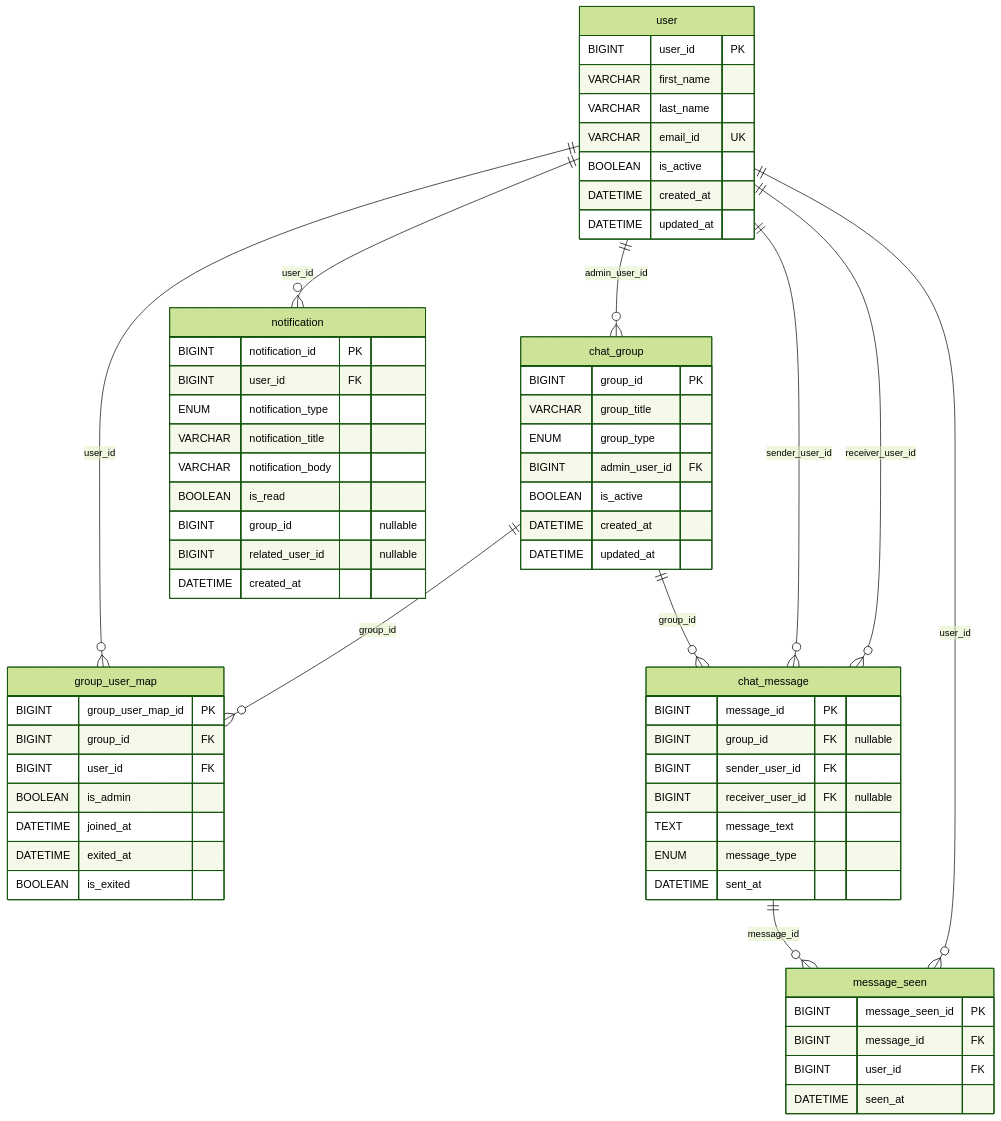
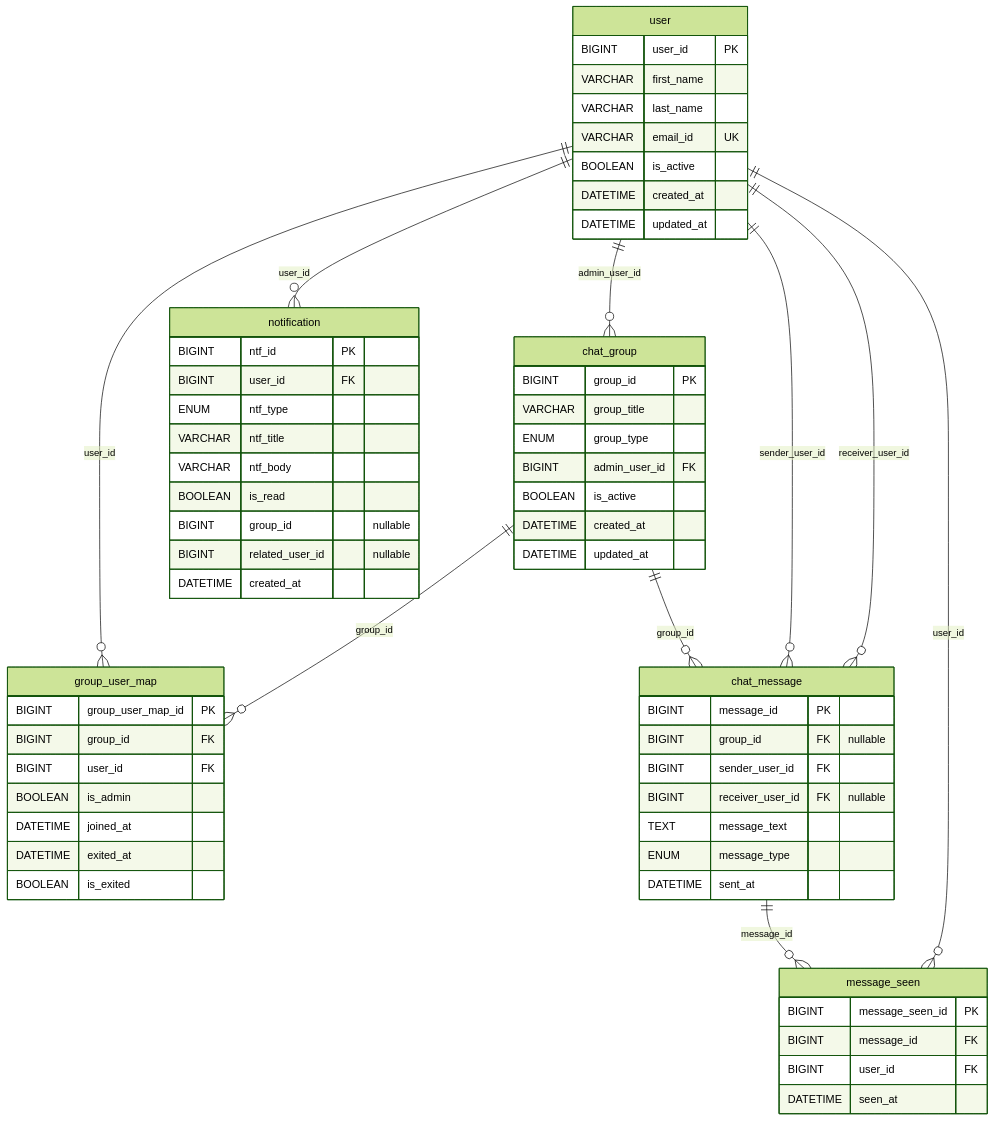
The first of 2 diagrams in docs/schema/SCHEMA.md (yashvenrakumar/chat-application), drawn with Mermaid (forest theme) before and after one commit. The commit also changed other lines of this file and 17 other files, not shown here.

````diff
--- a/docs/schema/SCHEMA.md
+++ b/docs/schema/SCHEMA.md
@@ -28,71 +28,71 @@
 ```mermaid
 erDiagram
   user {
     BIGINT user_id PK
     VARCHAR first_name
     VARCHAR last_name
     VARCHAR email_id UK
     BOOLEAN is_active
     DATETIME created_at
     DATETIME updated_at
   }
 
   chat_group {
     BIGINT group_id PK
     VARCHAR group_title
     ENUM group_type
     BIGINT admin_user_id FK
     BOOLEAN is_active
     DATETIME created_at
     DATETIME updated_at
   }
 
   group_user_map {
     BIGINT group_user_map_id PK
     BIGINT group_id FK
     BIGINT user_id FK
     BOOLEAN is_admin
     DATETIME joined_at
     DATETIME exited_at
     BOOLEAN is_exited
   }
 
   chat_message {
     BIGINT message_id PK
     BIGINT group_id FK "nullable"
     BIGINT sender_user_id FK
     BIGINT receiver_user_id FK "nullable"
     TEXT message_text
     ENUM message_type
     DATETIME sent_at
   }
 
   message_seen {
     BIGINT message_seen_id PK
     BIGINT message_id FK
     BIGINT user_id FK
     DATETIME seen_at
   }
 
   notification {
-    BIGINT notification_id PK
+    BIGINT ntf_id PK
     BIGINT user_id FK
-    ENUM notification_type
-    VARCHAR notification_title
-    VARCHAR notification_body
+    ENUM ntf_type
+    VARCHAR ntf_title
+    VARCHAR ntf_body
     BOOLEAN is_read
     BIGINT group_id "nullable"
     BIGINT related_user_id "nullable"
     DATETIME created_at
   }
 
   user ||--o{ chat_group : "admin_user_id"
   user ||--o{ group_user_map : "user_id"
   chat_group ||--o{ group_user_map : "group_id"
   chat_group ||--o{ chat_message : "group_id"
   user ||--o{ chat_message : "sender_user_id"
   user ||--o{ chat_message : "receiver_user_id"
   chat_message ||--o{ message_seen : "message_id"
   user ||--o{ message_seen : "user_id"
   user ||--o{ notification : "user_id"
 ```
````
